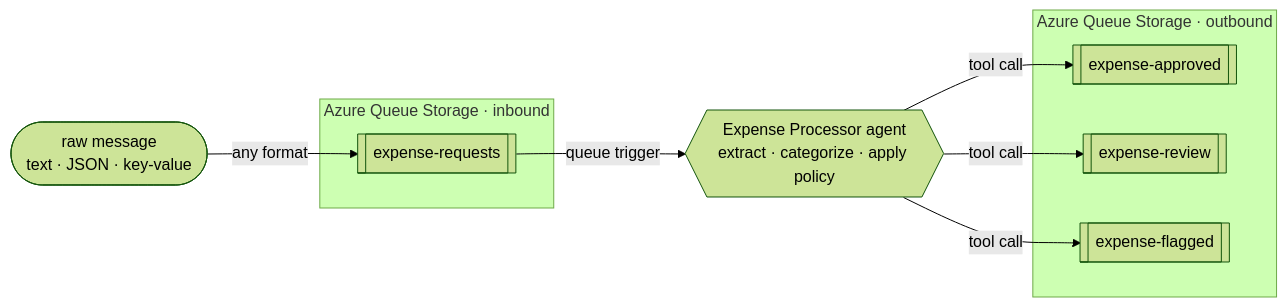
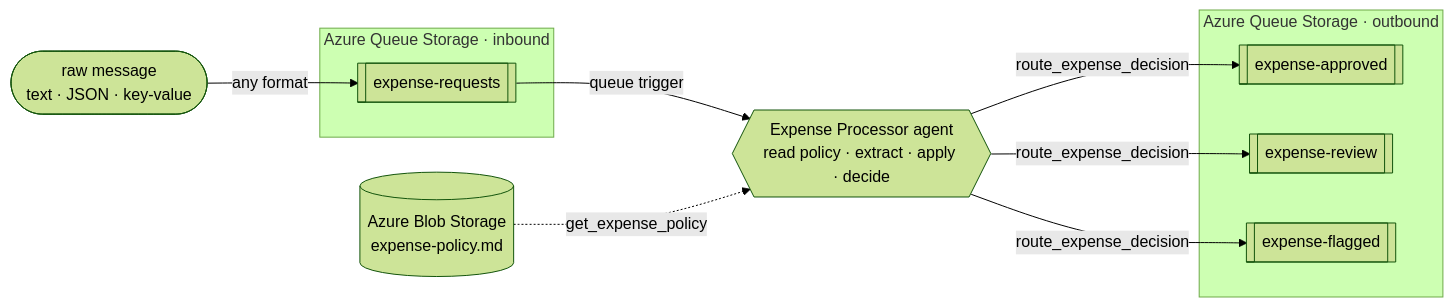
One commit to Azure-Samples/serverless-agents-expense-processor changed the diagram in README.md. Above: the diagram before and after it, drawn with Mermaid (forest theme). The commit also changed other lines of this file and 10 other files, not shown here.

First line of the commit message:
Ground the expense policy in a Blob Storage document read at runtime

````diff
--- a/README.md
+++ b/README.md
@@ -49,22 +62,25 @@
 ```mermaid
 flowchart LR
     msg([raw message<br/>text · JSON · key-value])
 
     subgraph inbound["Azure Queue Storage · inbound"]
         inq[[expense-requests]]
     end
 
-    agent{{Expense Processor agent<br/>extract · categorize · apply policy}}
+    policy[(Azure Blob Storage<br/>expense-policy.md)]
+
+    agent{{Expense Processor agent<br/>read policy · extract · apply · decide}}
 
     subgraph outbound["Azure Queue Storage · outbound"]
         approved[[expense-approved]]
         review[[expense-review]]
         flagged[[expense-flagged]]
     end
 
     msg -->|any format| inq
     inq -->|queue trigger| agent
-    agent -->|tool call| approved
-    agent -->|tool call| review
-    agent -->|tool call| flagged
+    policy -. get_expense_policy .-> agent
+    agent -->|route_expense_decision| approved
+    agent -->|route_expense_decision| review
+    agent -->|route_expense_decision| flagged
 ```
````
